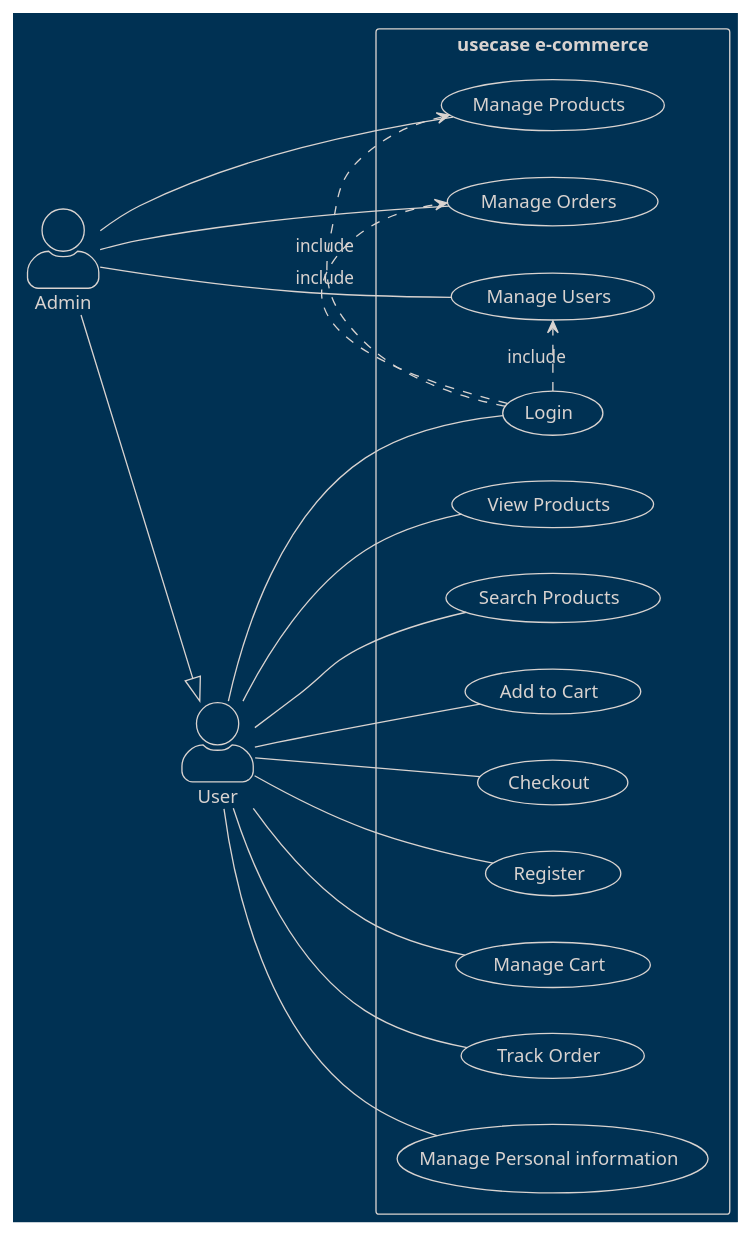
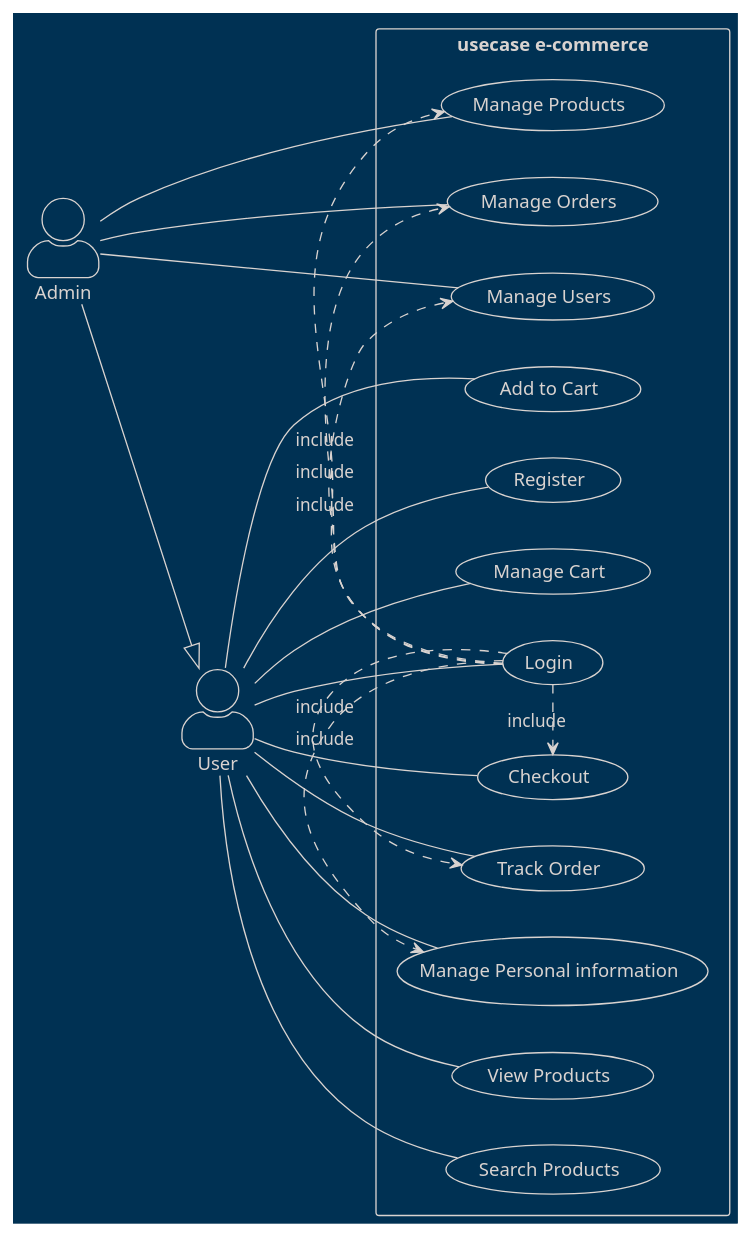
One commit to Pixeloceax/HarmonyHeaven changed the diagram in diagram/useCase/user.wsd. Above: the diagram before and after it, drawn with PlantUML.

```diff
--- a/diagram/useCase/user.wsd
+++ b/diagram/useCase/user.wsd
@@ -1,45 +1,53 @@
 @startuml usecase e-commerce
+
 left to right direction
+
 skinparam actorStyle awesome
+
 !theme blueprint
+
 actor User as U
 actor Admin as A
 
 rectangle "usecase e-commerce" {
 
     usecase "View Products" as UC1
     usecase "Search Products" as UC2
     usecase "Add to Cart" as UC3
     usecase "Checkout" as UC4
     usecase "Login" as UC5
     usecase "Register" as UC6
     usecase "Manage Cart" as UC7
     usecase "Track Order" as UC8
     usecase "Manage Personal information" as UC9
 
     usecase "Manage Products" as UCA1
     usecase "Manage Orders" as UCA2
     usecase "Manage Users" as UCA3
 
     U -- UC1
     U -- UC2
     U -- UC3
     U -- UC4
     U -- UC5
     U -- UC6
     U -- UC7
     U -- UC8
     U -- UC9
 
     A -- UCA1
     A -- UCA2
     A -- UCA3
 
     A --|> U
 
     (UC5) .> (UCA1) : include
     (UC5) .> (UCA2) : include
     (UC5) .> (UCA3) : include
+    (UC5) .> (UC4) : include
+    (UC5) .> (UC8) : include
+    (UC5) .> (UC9) : include
+
 }
 
 @enduml
```
